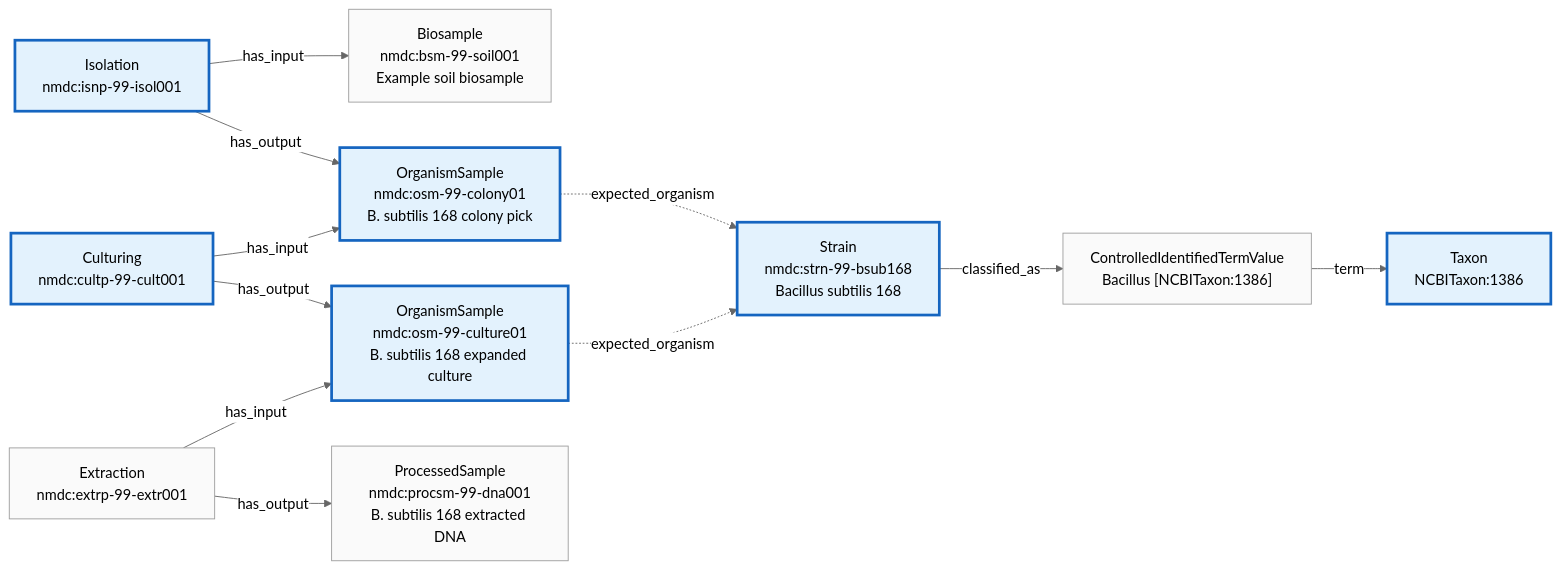
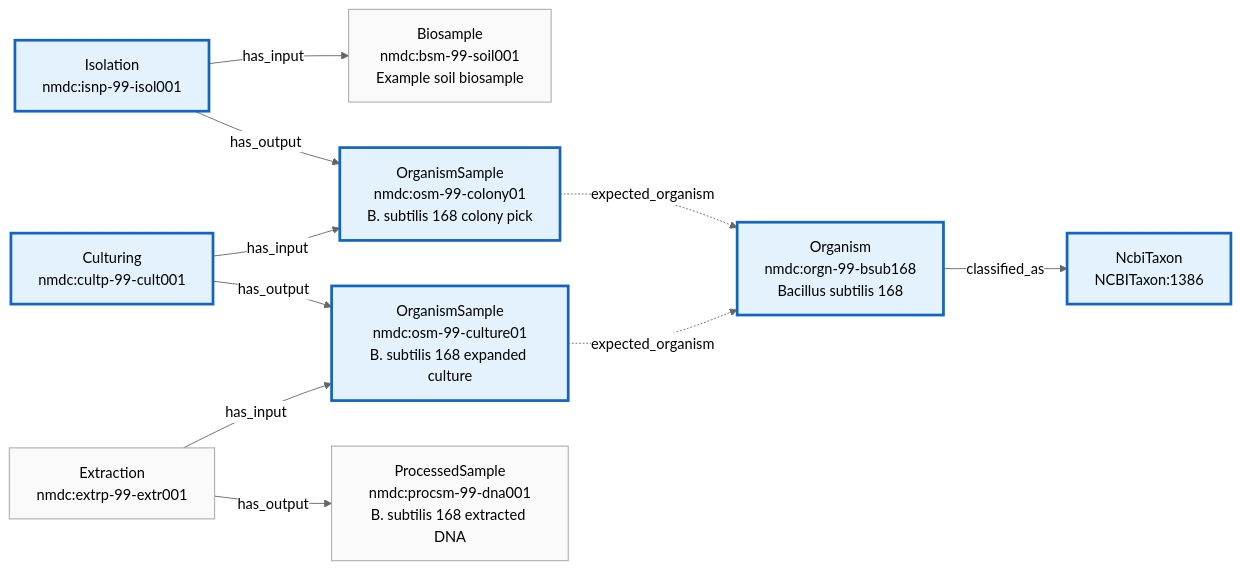
One commit to microbiomedata/nmdc-schema changed the diagram in src/docs/images/use-case-1-environmental-isolation.mmd. Above: the diagram before and after it, drawn with Mermaid (neutral theme). The commit also changed 20 other files, not shown here.

First line of the commit message:
Remove Strain class, migrate slots to Organism; add OBI/COB mappings

```diff
--- a/src/docs/images/use-case-1-environmental-isolation.mmd
+++ b/src/docs/images/use-case-1-environmental-isolation.mmd
@@ -1,33 +1,30 @@
 %% Derived from src/data/valid/Database-isolate-from-soil-workflow.yaml.
-%% Shows every entity and edge asserted by the data file, including the
-%% ControlledIdentifiedTermValue wrapper between Strain.classified_as and Taxon.
+%% Shows every entity and edge asserted by the data file.
 %% Upstream collection context (FieldResearchSite + CollectingBiosamplesFromSite)
 %% is not currently in the data file — omitted here to keep diagram faithful.
 flowchart LR
     BSM["Biosample<br/>nmdc:bsm-99-soil001<br/>Example soil biosample"]
     ISN["Isolation<br/>nmdc:isnp-99-isol001"]
     OSM1["OrganismSample<br/>nmdc:osm-99-colony01<br/>B. subtilis 168 colony pick"]
     CULT["Culturing<br/>nmdc:cultp-99-cult001"]
     OSM2["OrganismSample<br/>nmdc:osm-99-culture01<br/>B. subtilis 168 expanded culture"]
     EXT["Extraction<br/>nmdc:extrp-99-extr001"]
     PSM["ProcessedSample<br/>nmdc:procsm-99-dna001<br/>B. subtilis 168 extracted DNA"]
-    STRN["Strain<br/>nmdc:strn-99-bsub168<br/>Bacillus subtilis 168"]
-    CITV["ControlledIdentifiedTermValue<br/>Bacillus [NCBITaxon:1386]"]
-    TAX["Taxon<br/>NCBITaxon:1386"]
+    ORG["Organism<br/>nmdc:orgn-99-bsub168<br/>Bacillus subtilis 168"]
+    TAX["NcbiTaxon<br/>NCBITaxon:1386"]
 
     ISN -->|has_input| BSM
     ISN -->|has_output| OSM1
     CULT -->|has_input| OSM1
     CULT -->|has_output| OSM2
     EXT -->|has_input| OSM2
     EXT -->|has_output| PSM
 
-    OSM1 -.->|expected_organism| STRN
-    OSM2 -.->|expected_organism| STRN
-    STRN -->|classified_as| CITV
-    CITV -->|term| TAX
+    OSM1 -.->|expected_organism| ORG
+    OSM2 -.->|expected_organism| ORG
+    ORG -->|classified_as| TAX
 
     classDef newPR fill:#e3f2fd,stroke:#1565c0,stroke-width:3px
     classDef concrete fill:#fafafa,stroke:#9e9e9e
-    class ISN,CULT,OSM1,OSM2,STRN,TAX newPR
-    class BSM,EXT,PSM,CITV concrete
+    class ISN,CULT,OSM1,OSM2,ORG,TAX newPR
+    class BSM,EXT,PSM concrete
```
